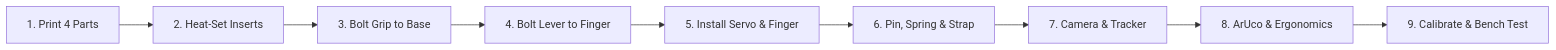
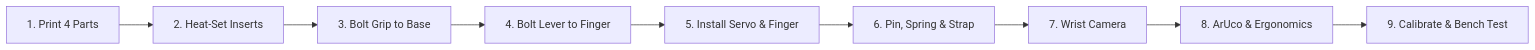
The diagram in docs/03-assembly.md (meisaaczac/sourccey-umi), drawn with Mermaid before and after one commit. The commit also changed other lines of this file and 15 other files, not shown here.

````diff
--- a/docs/03-assembly.md
+++ b/docs/03-assembly.md
@@ -41,11 +41,11 @@
 ```mermaid
 flowchart LR
     S1["1. Print 4 Parts"] --> S2["2. Heat-Set Inserts"]
     S2 --> S3["3. Bolt Grip to Base"]
     S3 --> S4["4. Bolt Lever to Finger"]
     S4 --> S5["5. Install Servo & Finger"]
     S5 --> S6["6. Pin, Spring & Strap"]
-    S6 --> S7["7. Camera & Tracker"]
+    S6 --> S7["7. Wrist Camera"]
     S7 --> S8["8. ArUco & Ergonomics"]
     S8 --> S9["9. Calibrate & Bench Test"]
 ```
````
